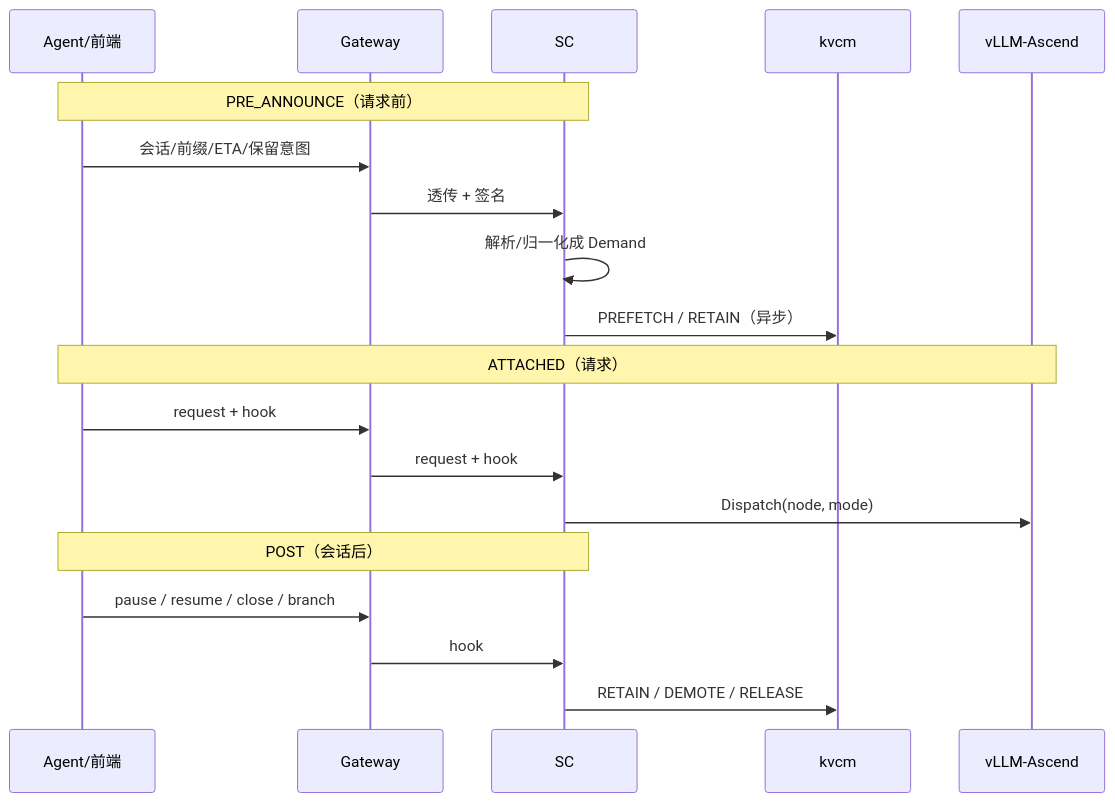
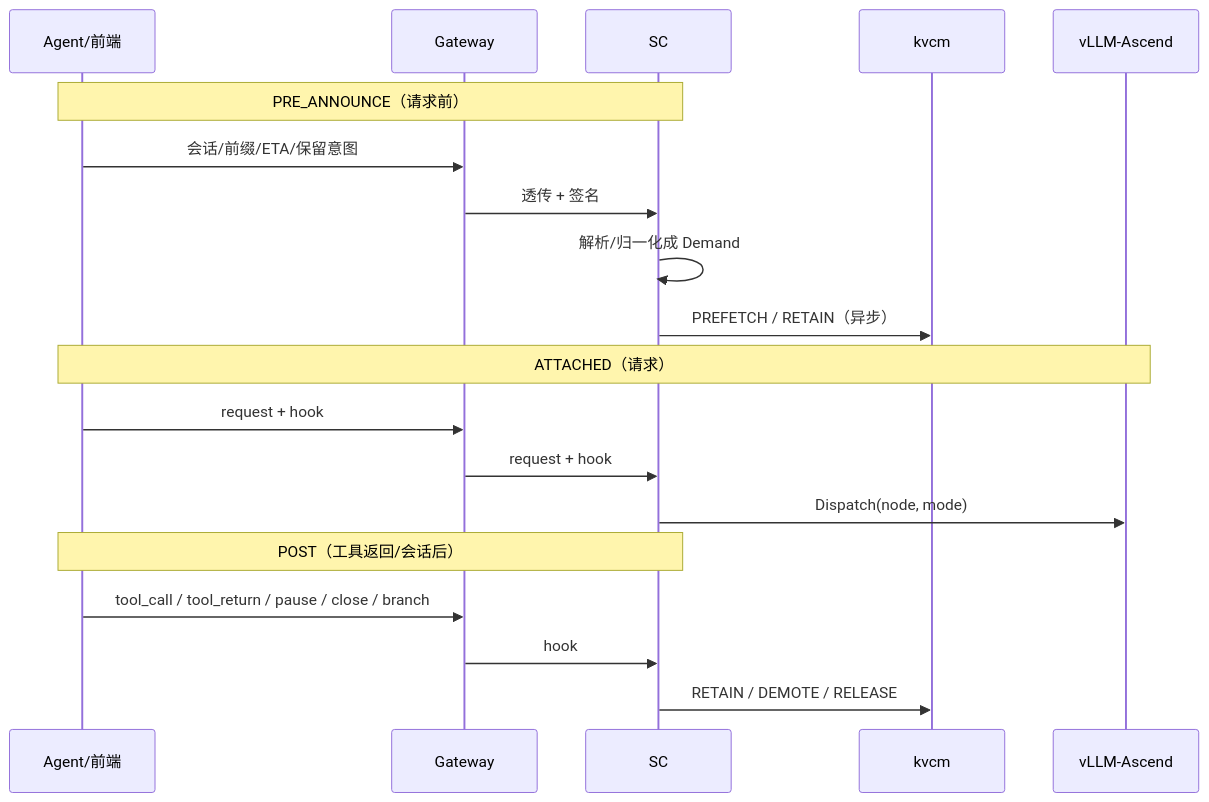
The fifth of 7 diagrams in kvcm/design/D8-joint-scheduling.md (5x8-40/lake), drawn with Mermaid before and after one commit. The commit also changed other lines of this file and 4 other files, not shown here.

First line of the commit message:
docs(kvcm): 补工具等待 suspend/resume、P_return TTL 与会话级指标

````diff
--- a/kvcm/design/D8-joint-scheduling.md
+++ b/kvcm/design/D8-joint-scheduling.md
@@ -297,24 +297,24 @@
 ```mermaid
 sequenceDiagram
     participant A as Agent/前端
     participant G as Gateway
     participant R as SC
     participant K as kvcm
     participant W as vLLM-Ascend
 
     Note over A,R: PRE_ANNOUNCE（请求前）
     A->>G: 会话/前缀/ETA/保留意图
     G->>R: 透传 + 签名
     R->>R: 解析/归一化成 Demand
     R->>K: PREFETCH / RETAIN（异步）
 
     Note over A,W: ATTACHED（请求）
     A->>G: request + hook
     G->>R: request + hook
     R->>W: Dispatch(node, mode)
 
-    Note over A,R: POST（会话后）
-    A->>G: pause / resume / close / branch
+    Note over A,R: POST（工具返回/会话后）
+    A->>G: tool_call / tool_return / pause / close / branch
     G->>R: hook
     R->>K: RETAIN / DEMOTE / RELEASE
 ```
````
